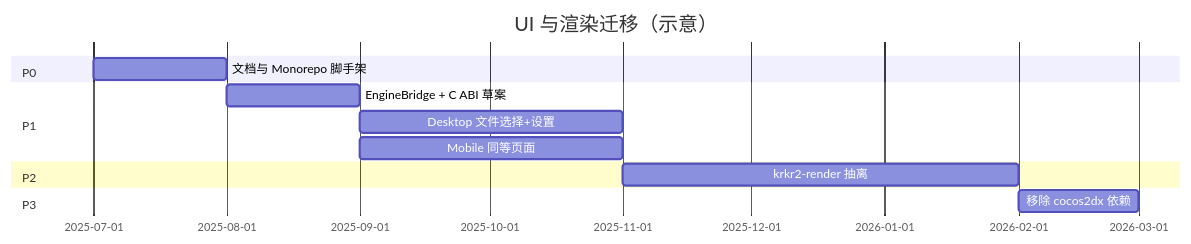
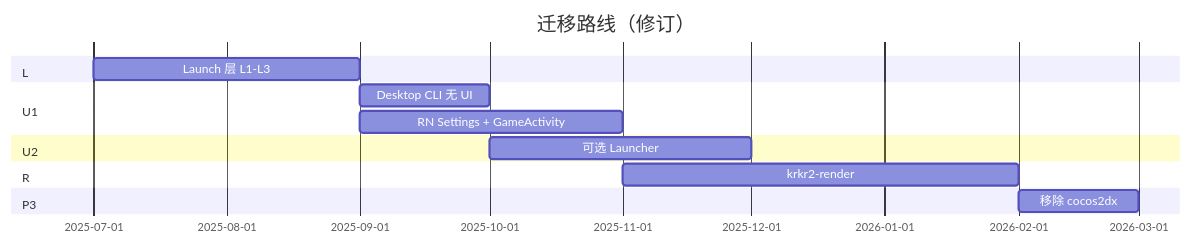
One commit to flosnvjx/krkr2 changed the diagram in docs/ui/migration.md. Above: the diagram before and after it, drawn with Mermaid. The commit also changed other lines of this file and 13 other files, not shown here.

````diff
--- a/docs/ui/migration.md
+++ b/docs/ui/migration.md
@@ -40,15 +40,16 @@
 ```mermaid
 gantt
-    title UI 与渲染迁移（示意）
+    title 迁移路线（修订）
     dateFormat YYYY-MM
-    section P0
-    文档与 Monorepo 脚手架     :p0, 2025-07, 1M
-    section P1
-    EngineBridge + C ABI 草案    :p1a, after p0, 1M
-    Desktop 文件选择+设置        :p1b, after p1a, 2M
-    Mobile 同等页面              :p1c, after p1a, 2M
-    section P2
-    krkr2-render 抽离            :p2, after p1b, 3M
+    section L
+    Launch 层 L1-L3           :l, 2025-07, 2M
+    section U1
+    Desktop CLI 无 UI         :u1a, after l, 1M
+    RN Settings + GameActivity  :u1b, after l, 2M
+    section U2
+    可选 Launcher             :u2, after u1a, 2M
+    section R
+    krkr2-render              :r, after u1b, 3M
     section P3
-    移除 cocos2dx 依赖           :p3, after p2, 1M
+    移除 cocos2dx             :p3, after r, 1M
 ```
````
